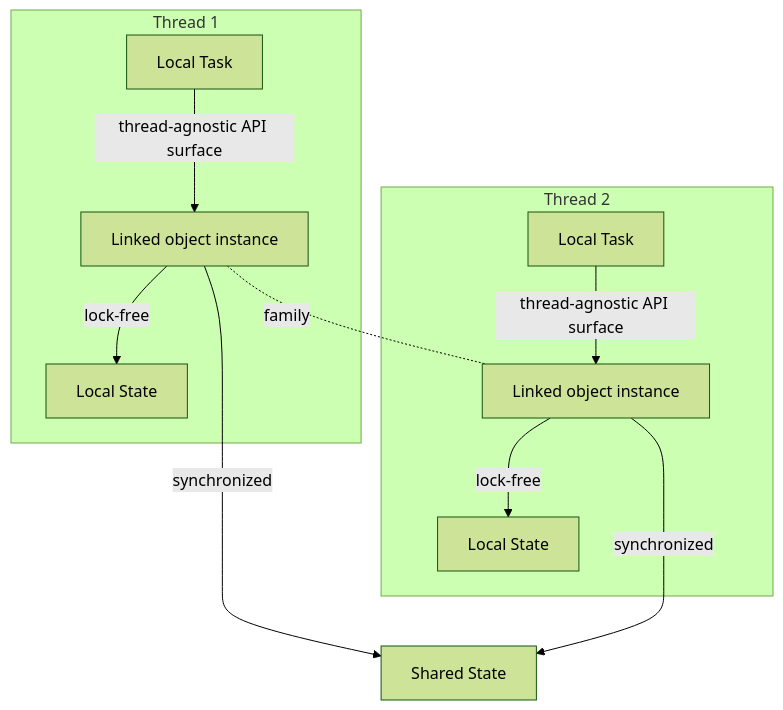
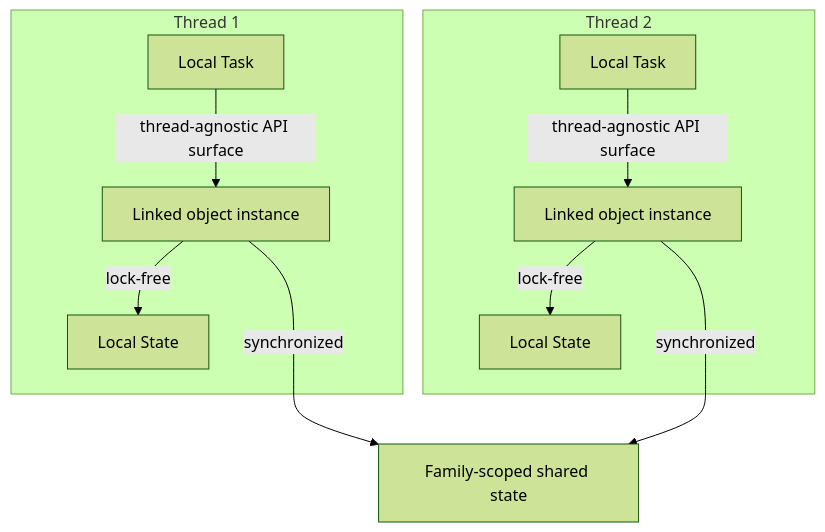
One commit to folo-rs/folo changed the diagram in crates/linked/doc/linked.mermaid. Above: the diagram before and after it, drawn with Mermaid (forest theme).

```diff
--- a/crates/linked/doc/linked.mermaid
+++ b/crates/linked/doc/linked.mermaid
@@ -1,19 +1,17 @@
 graph TD
     direction LR
     
     subgraph Thread1[Thread 1]
         Task1[Local Task] -->|thread-agnostic API surface| Instance1[Linked object instance]
         Instance1 -->|lock-free| Local1[Local State]
     end
     
     subgraph Thread2[Thread 2]
         Task2[Local Task] -->|thread-agnostic API surface| Instance2[Linked object instance]
         Instance2 -->|lock-free| Local2[Local State]
     end
     
-    SS[Shared State]
+    SS[Family-scoped shared state]
 
     Instance1 --->|synchronized| SS
     Instance2 --->|synchronized| SS
-
-    Instance1 -.-|family| Instance2
```
